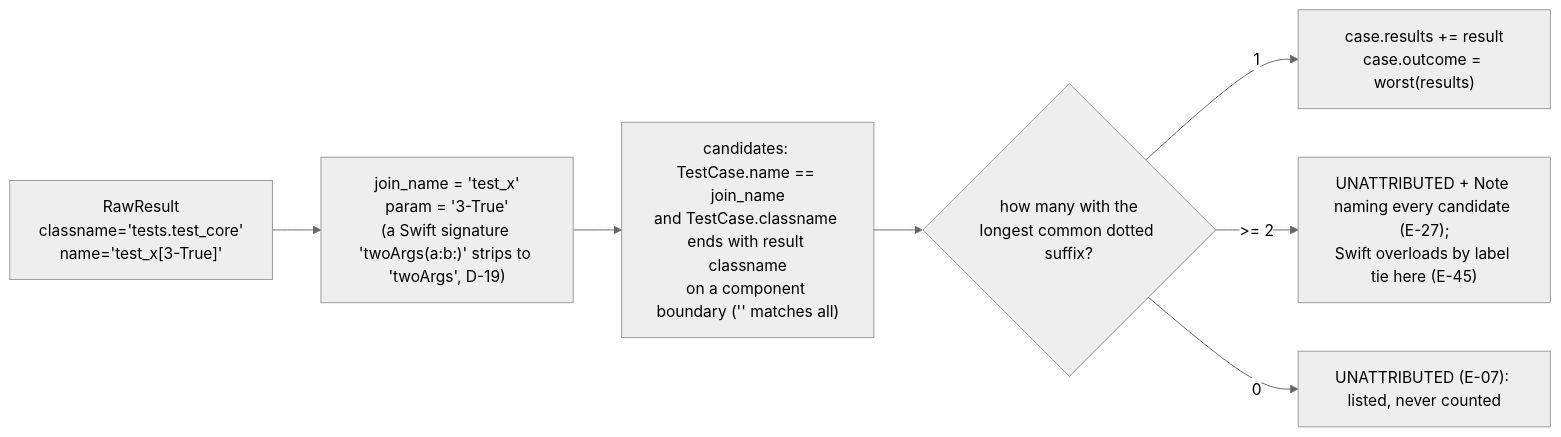
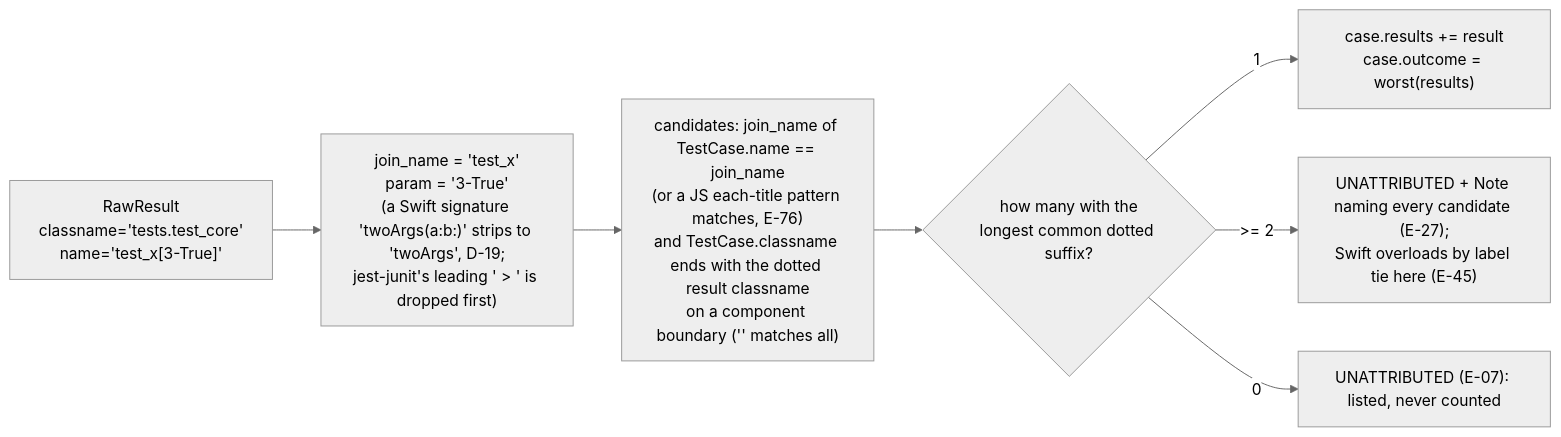
Before and after one commit to rioffe/speccheck: the seventh of 12 diagrams in ARCHITECTURE.md, drawn with Mermaid (neutral theme). The commit also changed other lines of this file and 4 other files, not shown here.

First line of the commit message:
docs(architecture): bring ARCHITECTURE.md to v1.23.1

````diff
--- a/ARCHITECTURE.md
+++ b/ARCHITECTURE.md
@@ -516,9 +606,9 @@
 ```mermaid
 flowchart LR
-    R["RawResult<br/>classname='tests.test_core'<br/>name='test_x[3-True]'"] --> jn["join_name = 'test_x'<br/>param = '3-True'<br/>(a Swift signature 'twoArgs(a:b:)' strips to 'twoArgs', D-19)"]
-    jn --> c1["candidates: TestCase.name == join_name<br/>and TestCase.classname ends with result classname<br/>on a component boundary ('' matches all)"]
+    R["RawResult<br/>classname='tests.test_core'<br/>name='test_x[3-True]'"] --> jn["join_name = 'test_x'<br/>param = '3-True'<br/>(a Swift signature 'twoArgs(a:b:)' strips to 'twoArgs', D-19;<br/>jest-junit's leading ' > ' is dropped first)"]
+    jn --> c1["candidates: join_name of TestCase.name == join_name<br/>(or a JS each-title pattern matches, E-76)<br/>and TestCase.classname ends with the dotted result classname<br/>on a component boundary ('' matches all)"]
     c1 --> c2{"how many with the<br/>longest common dotted suffix?"}
     c2 -->|1| join["case.results += result<br/>case.outcome = worst(results)"]
     c2 -->|">= 2"| amb["UNATTRIBUTED + Note naming every candidate (E-27);<br/>Swift overloads by label tie here (E-45)"]
     c2 -->|0| un["UNATTRIBUTED (E-07): listed, never counted"]
 ```
````
